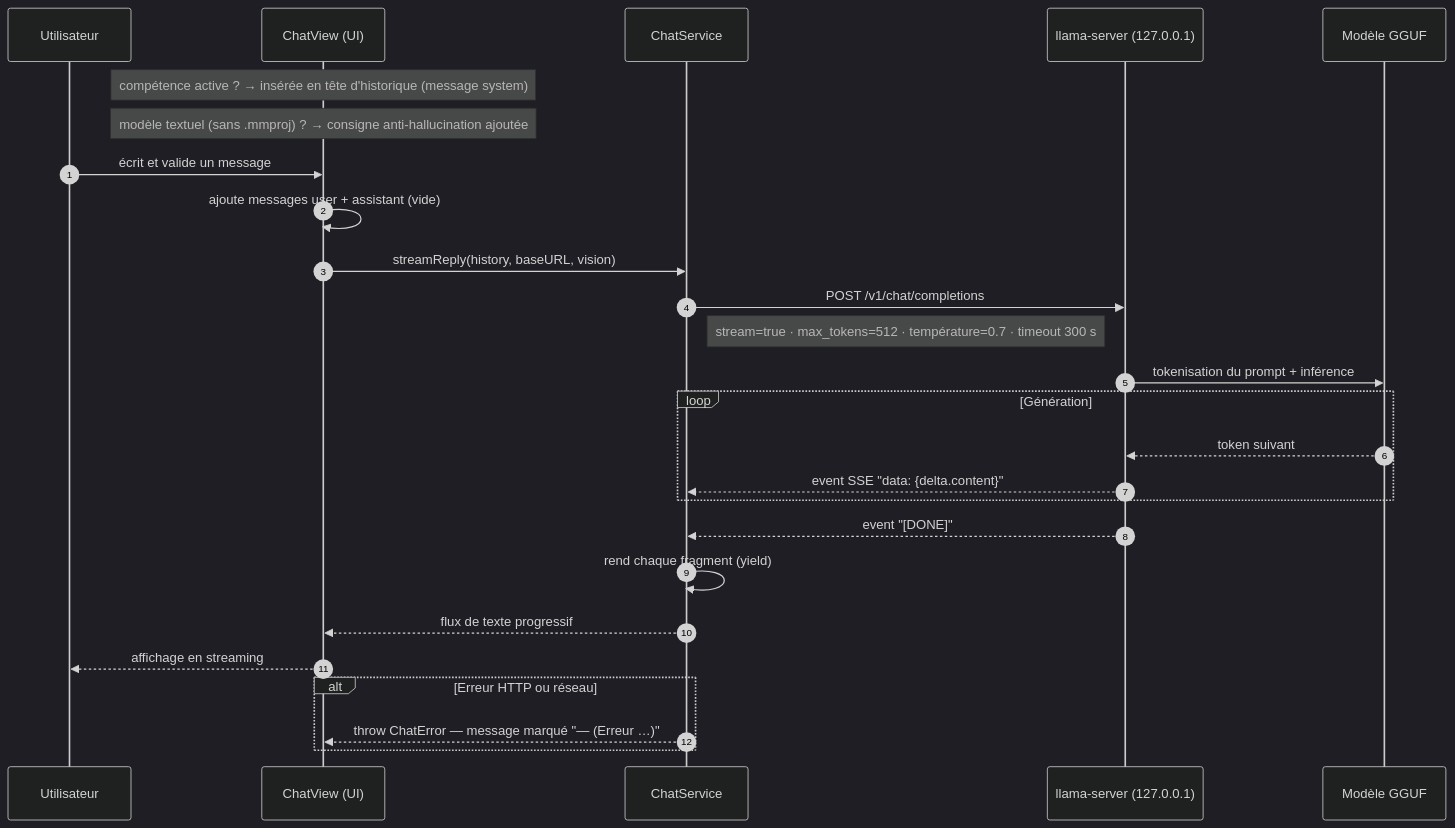
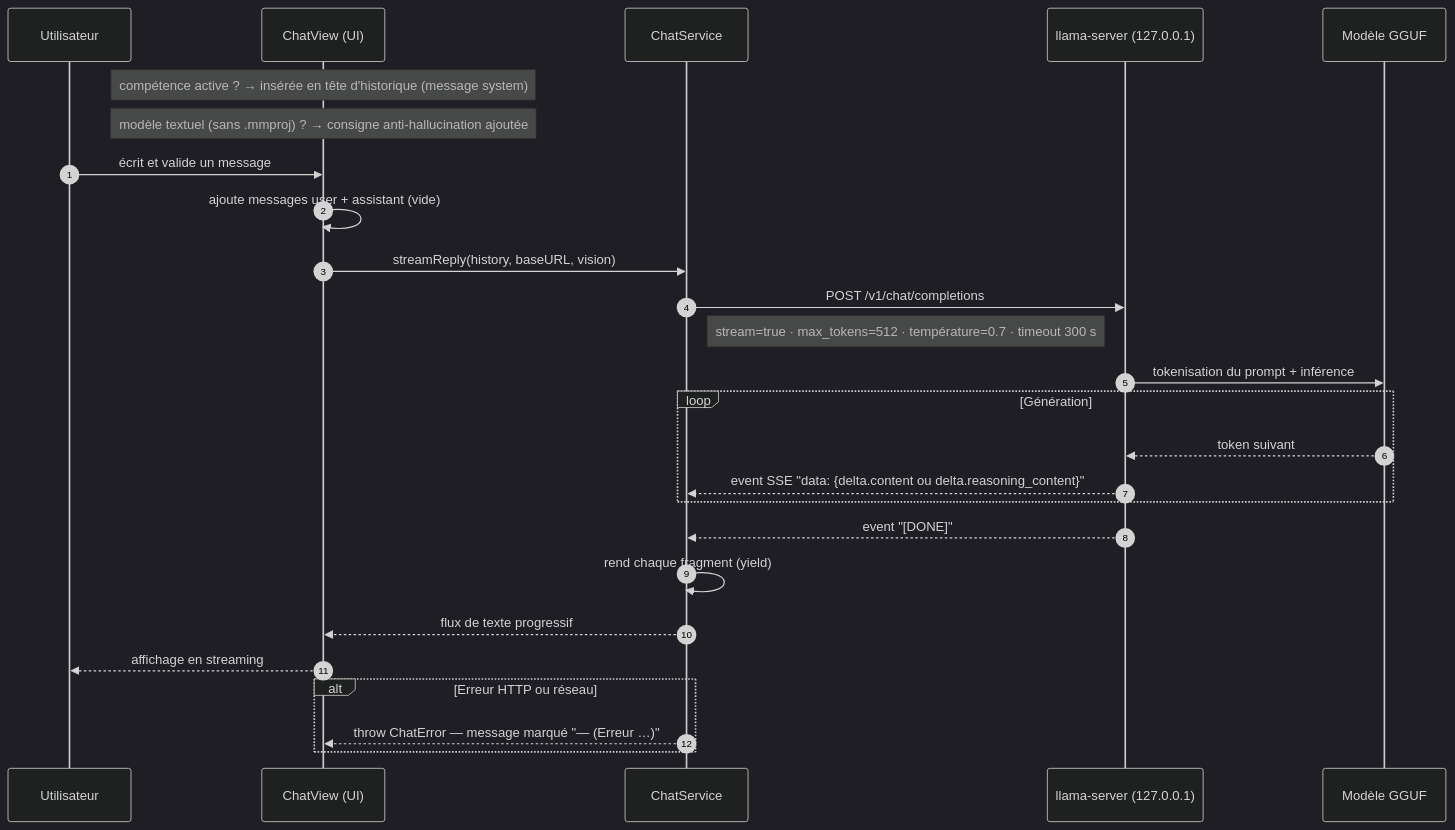
Before and after one commit to martialzinsou/KarenOs: the fourth of 8 diagrams in docs/WIKIPEDIA.md, drawn with Mermaid (dark theme). The commit also changed other lines of this file and 6 other files, not shown here.

````diff
--- a/docs/WIKIPEDIA.md
+++ b/docs/WIKIPEDIA.md
@@ -414,29 +414,29 @@
 ```mermaid
 sequenceDiagram
     autonumber
     participant U as Utilisateur
     participant V as ChatView (UI)
     participant S as ChatService
     participant E as llama-server (127.0.0.1)
     participant M as Modèle GGUF
 
     Note over V: compétence active ? → insérée en tête d'historique (message system)
     Note over V: modèle textuel (sans .mmproj) ? → consigne anti-hallucination ajoutée
     U->>V: écrit et valide un message
     V->>V: ajoute messages user + assistant (vide)
     V->>S: streamReply(history, baseURL, vision)
     S->>E: POST /v1/chat/completions
     Note right of S: stream=true · max_tokens=512 · température=0.7 · timeout 300 s
     E->>M: tokenisation du prompt + inférence
     loop Génération
         M-->>E: token suivant
-        E-->>S: event SSE "data: {delta.content}"
+        E-->>S: event SSE "data: {delta.content ou delta.reasoning_content}"
     end
     E-->>S: event "[DONE]"
     S->>S: rend chaque fragment (yield)
     S-->>V: flux de texte progressif
     V-->>U: affichage en streaming
     alt Erreur HTTP ou réseau
         S-->>V: throw ChatError — message marqué "— (Erreur …)"
     end
 ```
````
